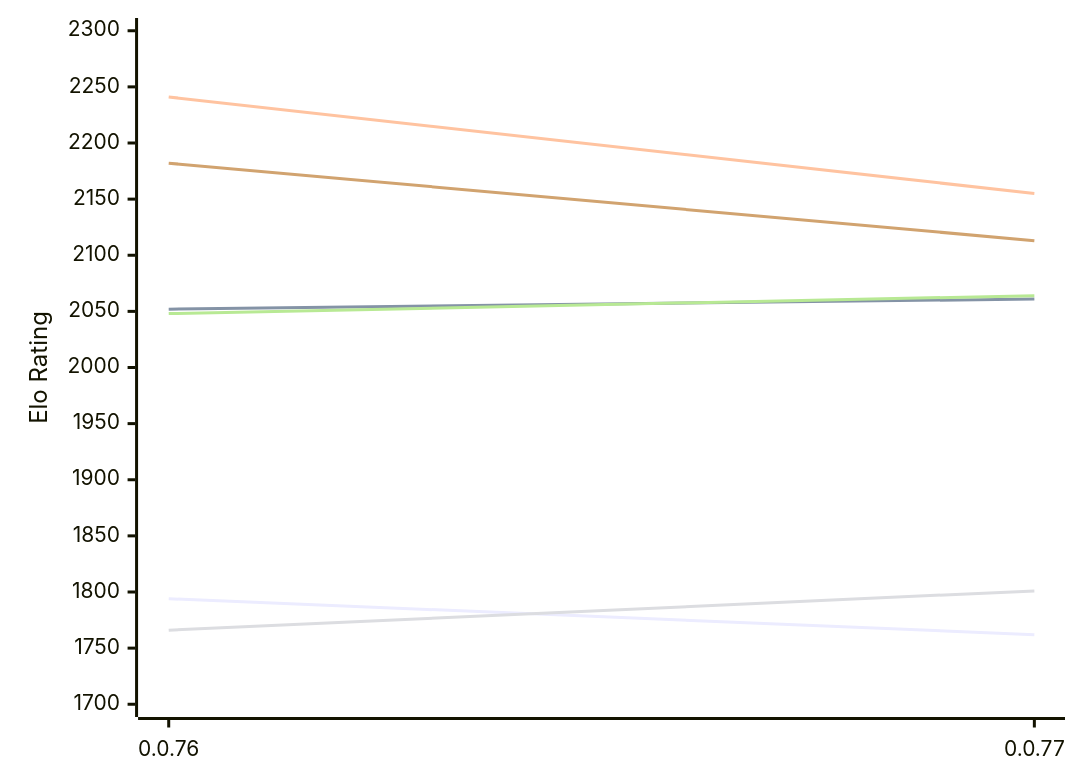
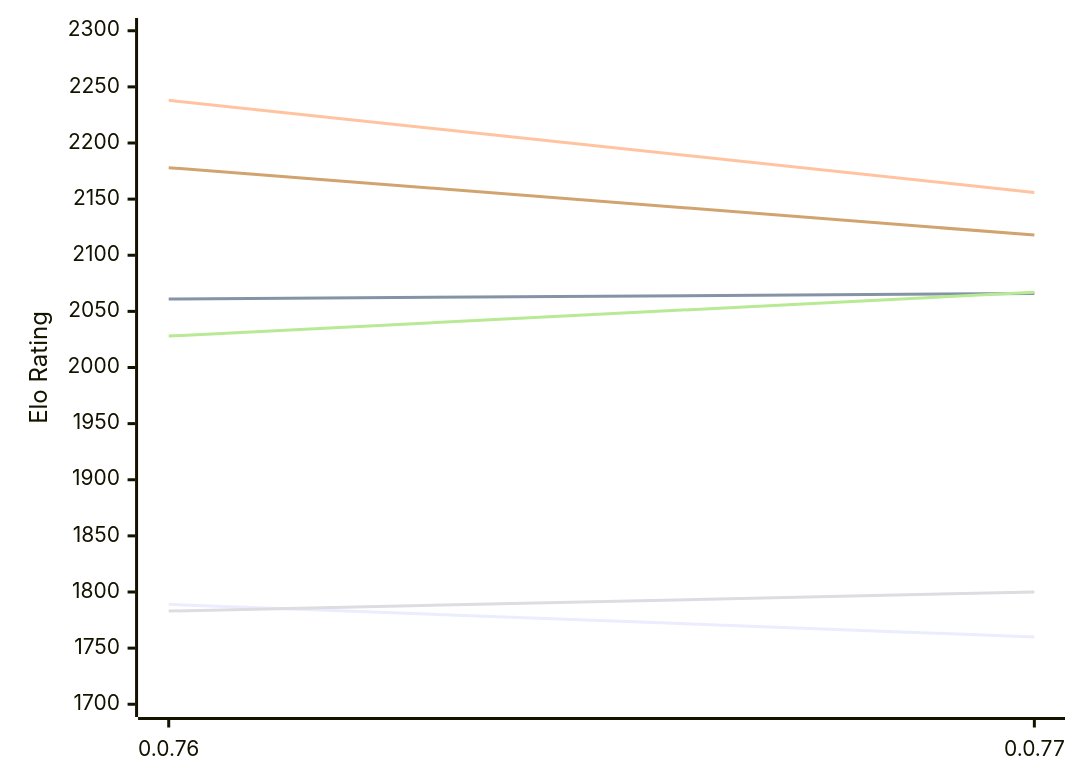
The first of 2 diagrams in engines/Fktb.md (computer-chess-index/cci), drawn with Mermaid before and after one commit. The commit also changed other lines of this file, not shown here.

Commit message:
Update CCI Ratings (ELO VLTC) - 2026-11-16

````diff
--- a/engines/Fktb.md
+++ b/engines/Fktb.md
@@ -50,12 +50,12 @@
 ```mermaid
 %%{init: {"theme":"base","themeVariables":{"seriesColors:['#a3a3a3','#222221','#faa371']}}}%%
 xychart-beta
   x-axis ["0.0.76", "0.0.77"]
   y-axis "Elo Rating" 1700 --> 2300
-  line "E1: STC (8.0+0.08s)" [1794, 1762]
-  line "E1: LTC (60.0+0.60s)" [2052, 2061]
-  line "E1: VLTC (2m24s+1.12s)" [2241, 2155]
-  line "P1: STC (8.0+0.08s)" [1766, 1801]
-  line "P1: LTC (60.0+0.60s)" [2048, 2064]
-  line "P1: VLTC (2m24s+1.12s)" [2182, 2113]
+  line "E1: STC (8.0+0.08s)" [1789, 1760]
+  line "E1: LTC (60.0+0.60s)" [2061, 2066]
+  line "E1: VLTC (2m24s+1.12s)" [2238, 2156]
+  line "P1: STC (8.0+0.08s)" [1783, 1800]
+  line "P1: LTC (60.0+0.60s)" [2028, 2067]
+  line "P1: VLTC (2m24s+1.12s)" [2178, 2118]
 ```
````
